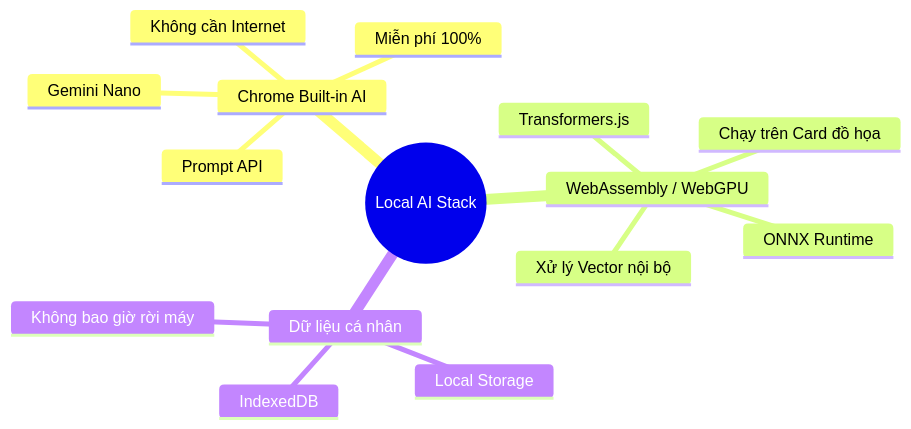
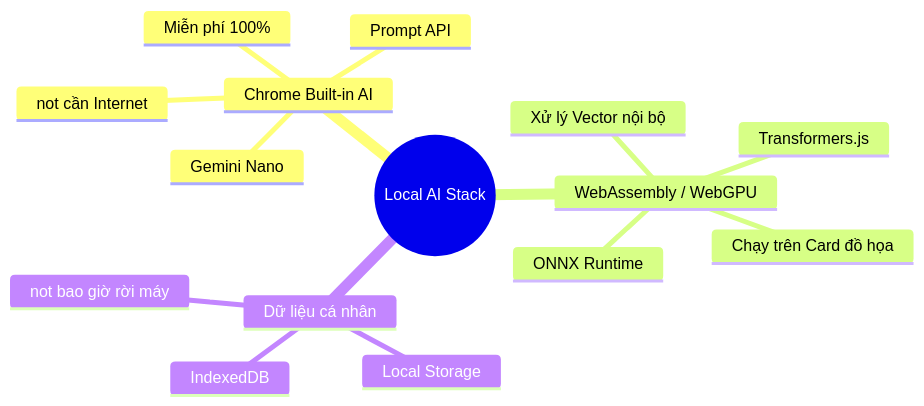
One commit to LongLeo287/OmniClaw changed the diagram in brain/knowledge/ai_ml/local_ai_explanation.md. Above: the diagram before and after it, drawn with Mermaid. The commit also changed other lines of this file and 8993 other files, not shown here.

````diff
--- a/brain/knowledge/ai_ml/local_ai_explanation.md
+++ b/brain/knowledge/ai_ml/local_ai_explanation.md
@@ -15,18 +15,18 @@
 ```mermaid
 mindmap
   root((Local AI Stack))
     Chrome Built-in AI
       Gemini Nano
       Prompt API
       Miễn phí 100%
-      Không cần Internet
+      not cần Internet
     WebAssembly / WebGPU
       Transformers.js
       ONNX Runtime
       Chạy trên Card đồ họa
       Xử lý Vector nội bộ
     Dữ liệu cá nhân
       IndexedDB
       Local Storage
-      Không bao giờ rời máy
+      not bao giờ rời máy
 ```
````
